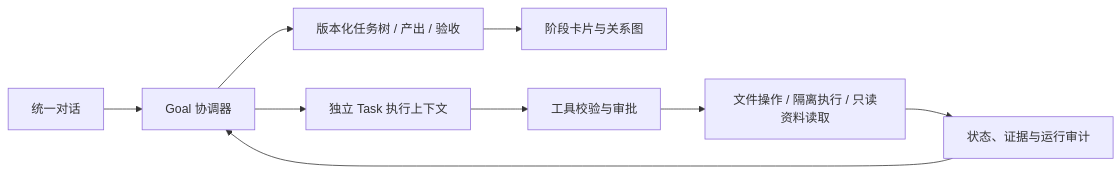
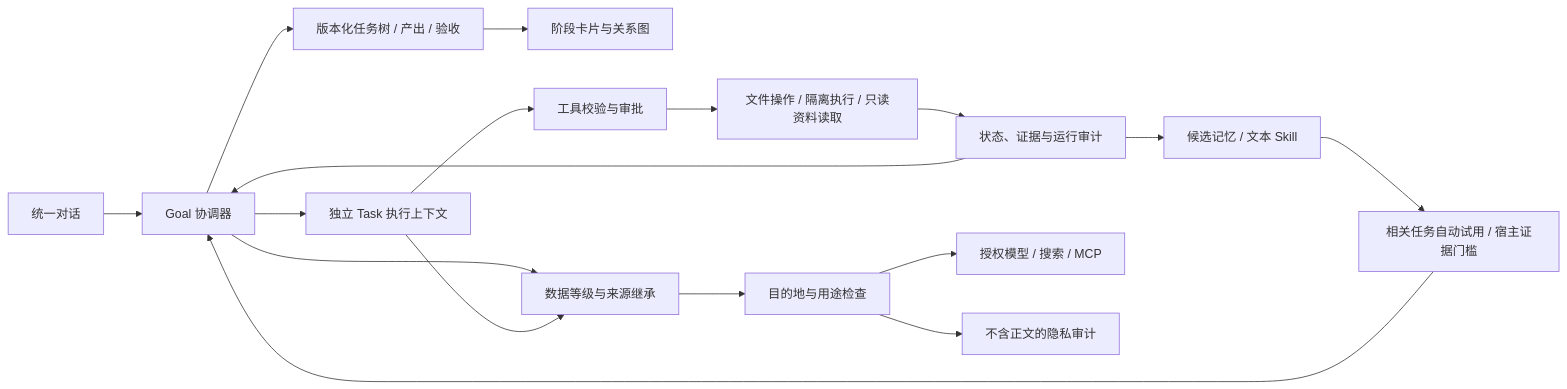
Before and after one commit to JunyangLian/GoalTree: the diagram in README.md, drawn with Mermaid. The commit also changed other lines of this file and 209 other files, not shown here.

````diff
--- a/README.md
+++ b/README.md
@@ -37,11 +50,19 @@
 ```mermaid
 flowchart LR
     U[统一对话] --> C[Goal 协调器]
     C --> T[版本化任务树 / 产出 / 验收]
     T --> V[阶段卡片与关系图]
     C --> E[独立 Task 执行上下文]
     E --> A[工具校验与审批]
     A --> R[文件操作 / 隔离执行 / 只读资料读取]
     R --> S[状态、证据与运行审计]
     S --> C
+    S --> L[候选记忆 / 文本 Skill]
+    L --> H[相关任务自动试用 / 宿主证据门槛]
+    H --> C
+    C --> D[数据等级与来源继承]
+    E --> D
+    D --> G[目的地与用途检查]
+    G --> M[授权模型 / 搜索 / MCP]
+    G --> Q[不含正文的隐私审计]
 ```
````
